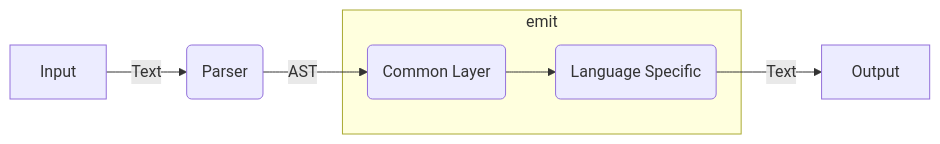
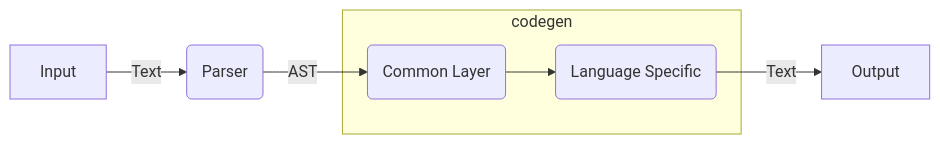
One commit to akiradeveloper/procon-input-compiler changed the diagram in README.md. Above: the diagram before and after it, drawn with Mermaid. The commit also changed 7 other files, not shown here.

Commit message:
Rename module: emit -> codegen

````diff
--- a/README.md
+++ b/README.md
@@ -67,9 +67,9 @@
 ```mermaid
 graph LR
   P(Parser)
-  subgraph emit
+  subgraph codegen
     EC(Common Layer)
     EL(Language Specific)
   end
   Input -->|Text| P -->|AST| EC --> EL -->|Text| Output
 ```
````
